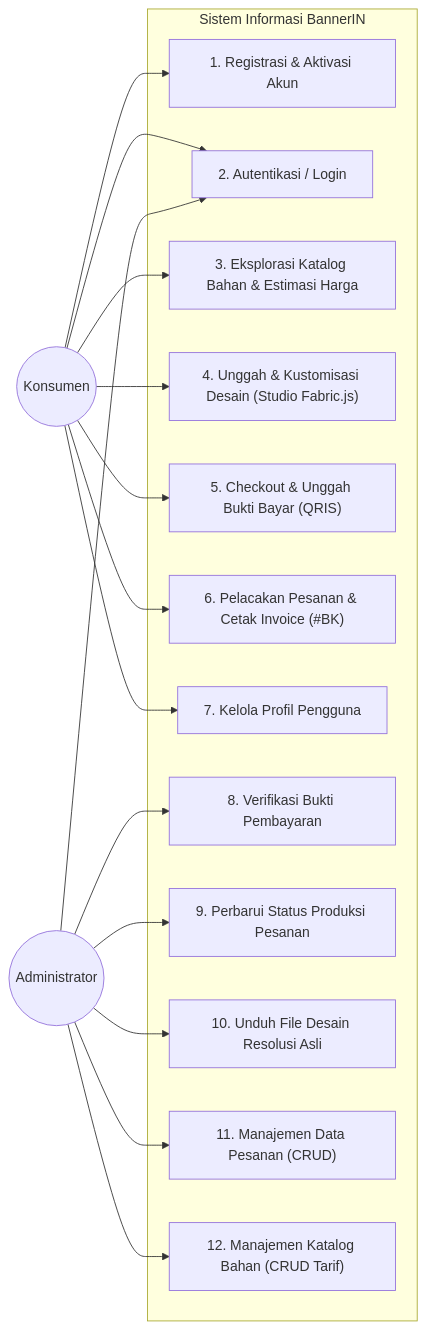
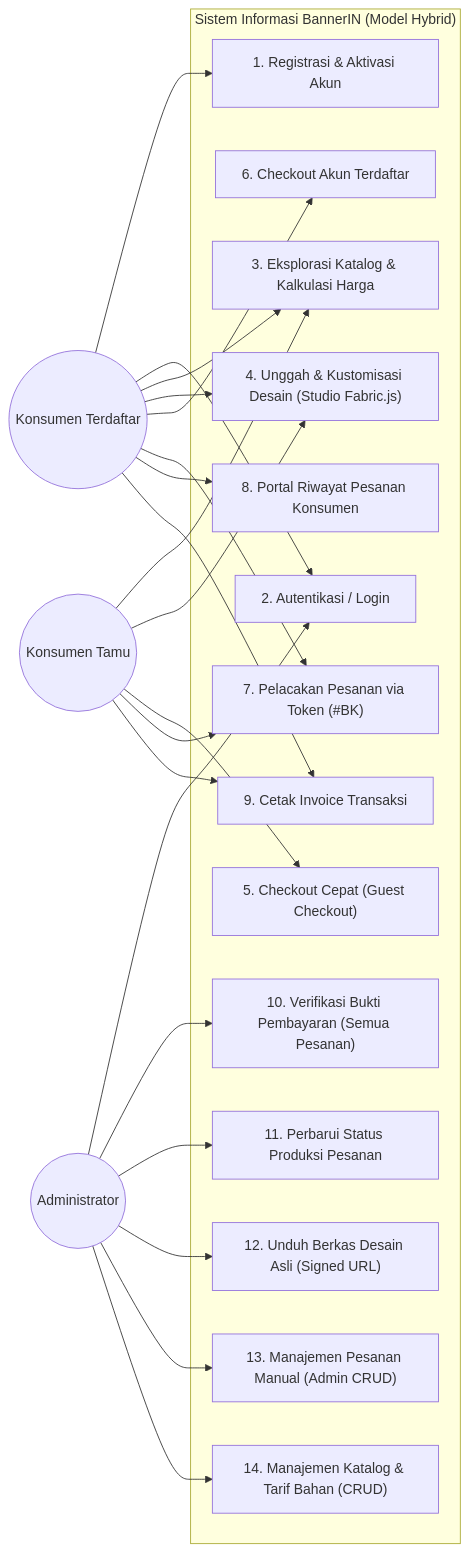
Before and after one commit to aryarakapermana/BannerIN: the first of 4 diagrams in docs/DOKUMENTASI_APSI.md, drawn with Mermaid. The commit also changed other lines of this file and 21 other files, not shown here.

Commit message:
feat(fase-15): terapkan hybrid guest checkout dan perbarui seluruh dokumentasi akademik & presentasi

````diff
--- a/docs/DOKUMENTASI_APSI.md
+++ b/docs/DOKUMENTASI_APSI.md
@@ -29,36 +36,46 @@
 ```mermaid
 flowchart LR
-    Customer((Konsumen))
+    Guest((Konsumen Tamu))
+    Customer((Konsumen Terdaftar))
     Admin((Administrator))
 
-    subgraph "Sistem Informasi BannerIN"
+    subgraph "Sistem Informasi BannerIN (Model Hybrid)"
         UC1["1. Registrasi & Aktivasi Akun"]
         UC2["2. Autentikasi / Login"]
-        UC3["3. Eksplorasi Katalog Bahan & Estimasi Harga"]
+        UC3["3. Eksplorasi Katalog & Kalkulasi Harga"]
         UC4["4. Unggah & Kustomisasi Desain (Studio Fabric.js)"]
-        UC5["5. Checkout & Unggah Bukti Bayar (QRIS)"]
-        UC6["6. Pelacakan Pesanan & Cetak Invoice (#BK)"]
-        UC7["7. Kelola Profil Pengguna"]
+        UC5["5. Checkout Cepat (Guest Checkout)"]
+        UC6["6. Checkout Akun Terdaftar"]
+        UC7["7. Pelacakan Pesanan via Token (#BK)"]
+        UC8["8. Portal Riwayat Pesanan Konsumen"]
+        UC9["9. Cetak Invoice Transaksi"]
 
-        UC8["8. Verifikasi Bukti Pembayaran"]
-        UC9["9. Perbarui Status Produksi Pesanan"]
-        UC10["10. Unduh File Desain Resolusi Asli"]
-        UC11["11. Manajemen Data Pesanan (CRUD)"]
-        UC12["12. Manajemen Katalog Bahan (CRUD Tarif)"]
+        UC10["10. Verifikasi Bukti Pembayaran (Semua Pesanan)"]
+        UC11["11. Perbarui Status Produksi Pesanan"]
+        UC12["12. Unduh Berkas Desain Asli (Signed URL)"]
+        UC13["13. Manajemen Pesanan Manual (Admin CRUD)"]
+        UC14["14. Manajemen Katalog & Tarif Bahan (CRUD)"]
     end
+
+    Guest --> UC3
+    Guest --> UC4
+    Guest --> UC5
+    Guest --> UC7
+    Guest --> UC9
 
     Customer --> UC1
     Customer --> UC2
     Customer --> UC3
     Customer --> UC4
-    Customer --> UC5
     Customer --> UC6
     Customer --> UC7
+    Customer --> UC8
+    Customer --> UC9
 
     Admin --> UC2
-    Admin --> UC8
-    Admin --> UC9
     Admin --> UC10
     Admin --> UC11
     Admin --> UC12
+    Admin --> UC13
+    Admin --> UC14
 ```
````
